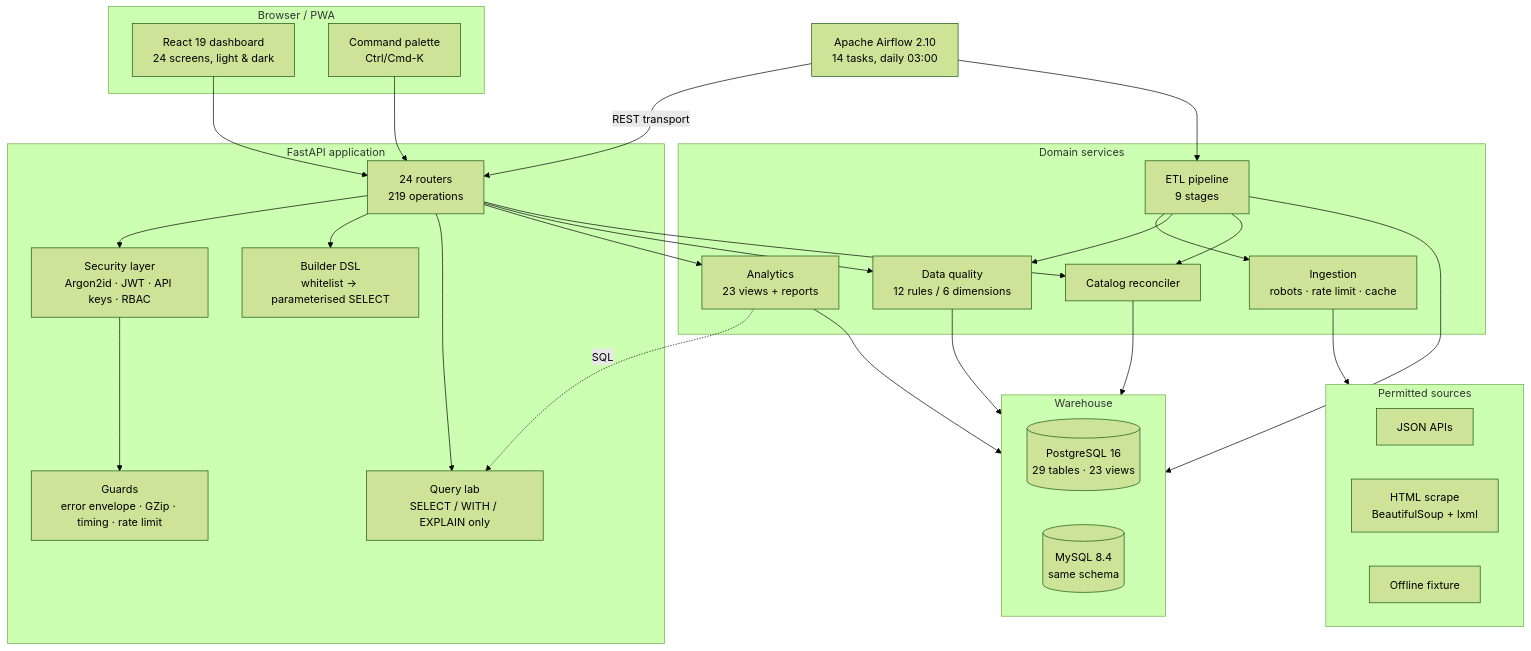
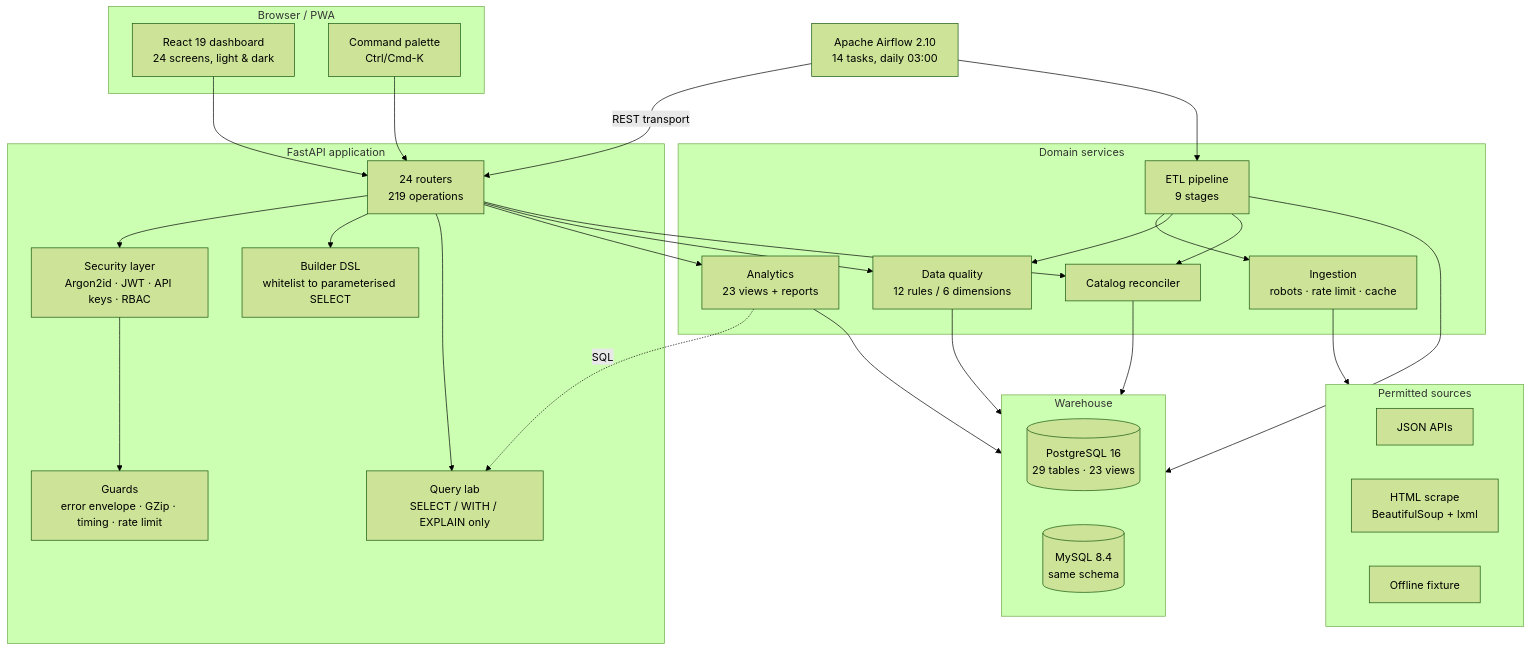
Before and after one commit to Ahmedbakr78/Web-to-Warehouse-Product-Intelligence-Pipeline: diagram 12 of 15 in README.md, drawn with Mermaid (forest theme). The commit also changed other lines of this file and 6 other files, not shown here.

````diff
--- a/README.md
+++ b/README.md
@@ -796,50 +796,50 @@
 ```mermaid
 graph TB
     subgraph Client["Browser / PWA"]
         DASH["React 19 dashboard<br/>24 screens, light & dark"]
         PAL["Command palette<br/>Ctrl/Cmd-K"]
     end
     subgraph Edge["FastAPI application"]
         ROUTES["24 routers<br/>219 operations"]
         AUTH["Security layer<br/>Argon2id · JWT · API keys · RBAC"]
         GUARD["Guards<br/>error envelope · GZip · timing · rate limit"]
-        BUILDER["Builder DSL<br/>whitelist → parameterised SELECT"]
+        BUILDER["Builder DSL<br/>whitelist to parameterised SELECT"]
         QLAB["Query lab<br/>SELECT / WITH / EXPLAIN only"]
     end
     subgraph Domain["Domain services"]
         ING["Ingestion<br/>robots · rate limit · cache"]
         ETL["ETL pipeline<br/>9 stages"]
         DQ["Data quality<br/>12 rules / 6 dimensions"]
         AN["Analytics<br/>23 views + reports"]
         REC["Catalog reconciler"]
     end
     subgraph Store["Warehouse"]
         PG[("PostgreSQL 16<br/>29 tables · 23 views")]
         MY[("MySQL 8.4<br/>same schema")]
     end
     subgraph Sources["Permitted sources"]
         S1["JSON APIs"]
         S2["HTML scrape<br/>BeautifulSoup + lxml"]
         S3["Offline fixture"]
     end
     AF["Apache Airflow 2.10<br/>14 tasks, daily 03:00"]
 
     DASH --> ROUTES
     PAL --> ROUTES
     ROUTES --> AUTH --> GUARD
     ROUTES --> BUILDER
     ROUTES --> QLAB
     ROUTES --> AN
     ROUTES --> DQ
     ROUTES --> REC
     ETL --> ING --> Sources
     ETL --> DQ
     ETL --> REC
     ETL --> Store
     AN --> Store
     DQ --> Store
     REC --> Store
     AN -.SQL.-> QLAB
     AF -->|"REST transport"| ROUTES
     AF --> ETL
 ```
````
